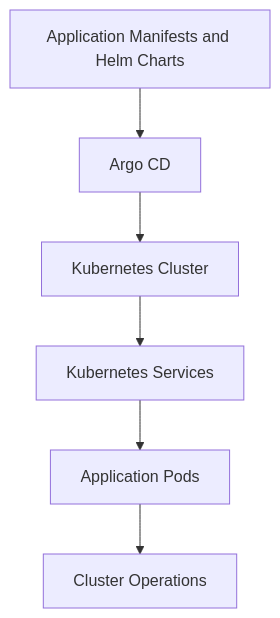
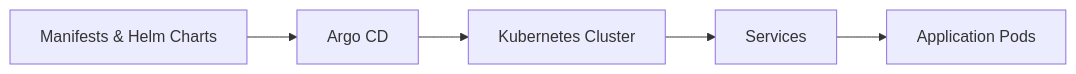
The fourth of 8 diagrams in README.md (manesaurabh1704-devops/manesaurabh1704-devops), drawn with Mermaid before and after one commit. The commit also changed other lines of this file, not shown here.

````diff
--- a/README.md
+++ b/README.md
@@ -405,8 +203,4 @@
 ```mermaid
-flowchart TD
-    A["Application Manifests and Helm Charts"] --> B["Argo CD"]
-    B --> C["Kubernetes Cluster"]
-    C --> D["Kubernetes Services"]
-    D --> E["Application Pods"]
-    E --> F["Cluster Operations"]
+flowchart LR
+    A["Manifests & Helm Charts"] --> B["Argo CD"] --> C["Kubernetes Cluster"] --> D["Services"] --> E["Application Pods"]
 ```
````
